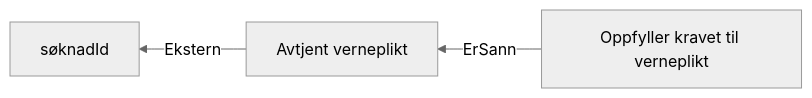
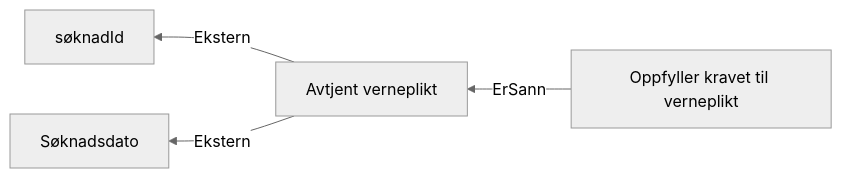
The diagram in docs/regler/§ 4-19 Verneplikt.approved.md (navikt/dp-behandling), drawn with Mermaid (neutral theme) before and after one commit. The commit also changed 14 other files, not shown here.

````diff
--- a/docs/regler/§ 4-19 Verneplikt.approved.md
+++ b/docs/regler/§ 4-19 Verneplikt.approved.md
@@ -5,5 +5,6 @@
 ```mermaid
 graph RL
   A["Avtjent verneplikt"] -->|"Ekstern"| B["søknadId"]
-  C["Oppfyller kravet til verneplikt"] -->|"ErSann"| A["Avtjent verneplikt"]
+  A["Avtjent verneplikt"] -->|"Ekstern"| C["Søknadsdato"]
+  D["Oppfyller kravet til verneplikt"] -->|"ErSann"| A["Avtjent verneplikt"]
 ```
````
